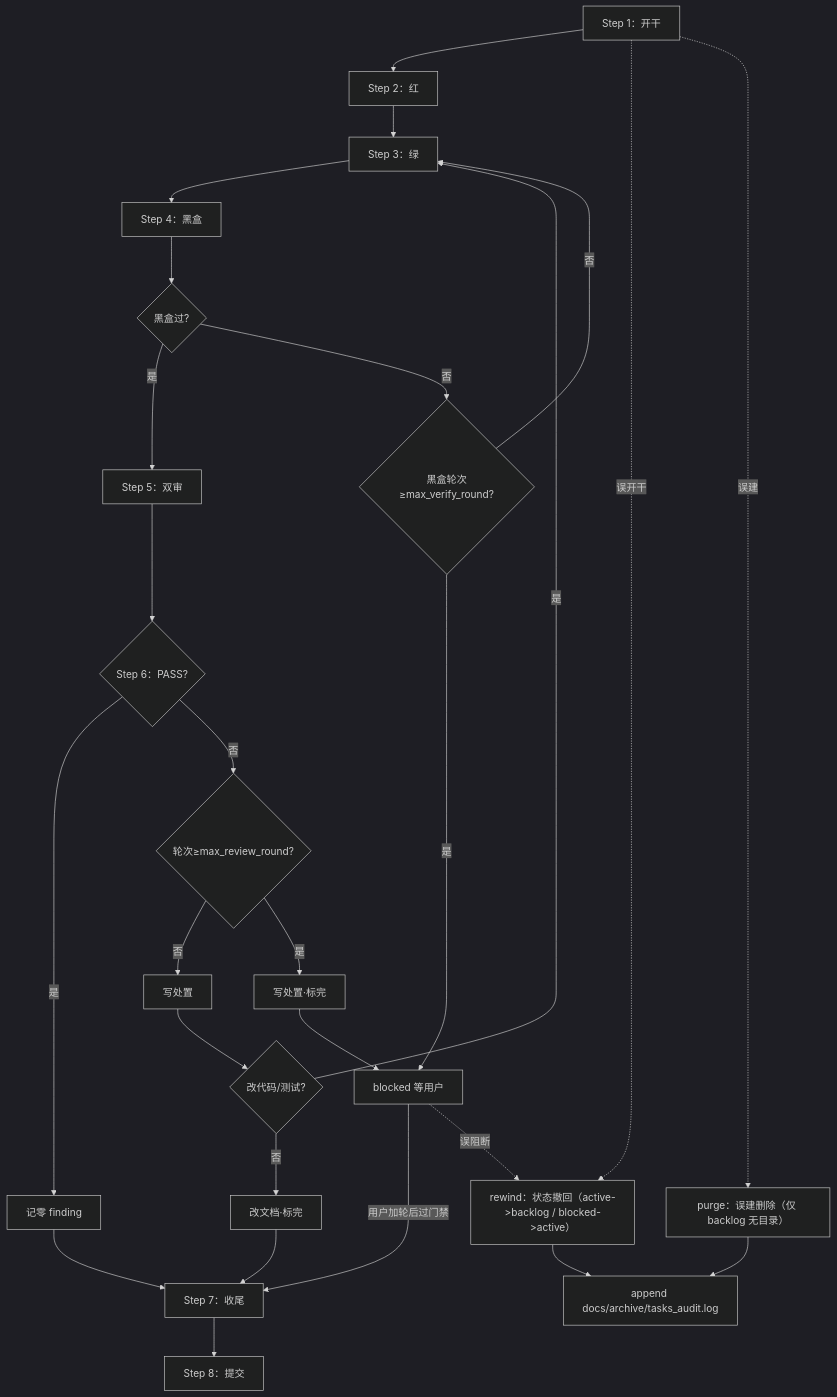
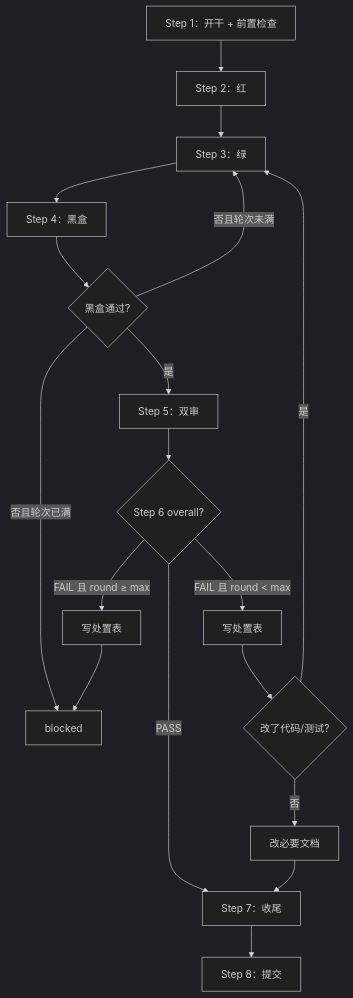
One commit to TuTouPower/repo_template changed the diagram in AGENTS.md. Above: the diagram before and after it, drawn with Mermaid (dark theme). The commit also changed other lines of this file, not shown here.

Commit message:
docs(AGENTS): 澄清 task 规则并重画流程图
补充 doctor/spike 前置、行为 AC 边界与 bugs 修复写回约定；
简化单 task 流程图，使其与步骤正文一致。

````diff
--- a/AGENTS.md
+++ b/AGENTS.md
@@ -71,42 +74,18 @@
 ```mermaid
 flowchart TD
-    S1["Step 1：开干"]
-    S2["Step 2：红"]
-    S3["Step 3：绿"]
-    S4["Step 4：黑盒"]
-    B1{"黑盒过?"}
-    B2{"黑盒轮次≥max_verify_round?"}
-    S5["Step 5：双审"]
-    D1{"Step 6：PASS?"}
-    W_PASS["记零 finding"]
-    D2{"轮次≥max_review_round?"}
-    W_FAIL1["写处置"]
-    W_FAIL2["写处置·标完"]
-    D3{"改代码/测试?"}
-    DOC["改文档·标完"]
-    BLK["blocked 等用户"]
-    S7["Step 7：收尾"]
-    S8["Step 8：提交"]
-
-    S1 --> S2 --> S3 --> S4 --> B1
-    B1 -->|是| S5 --> D1
-    B1 -->|否| B2
-    B2 -->|否| S3
-    B2 -->|是| BLK
-    D1 -->|是| W_PASS --> S7
-    D1 -->|否| D2
-    D2 -->|否| W_FAIL1 --> D3
-    D3 -->|是| S3
-    D3 -->|否| DOC --> S7
-    D2 -->|是| W_FAIL2 --> BLK
-    BLK -->|用户加轮后过门禁| S7
-    RW["rewind：状态撤回（active->backlog / blocked->active）"]
-    PG["purge：误建删除（仅 backlog 无目录）"]
-    AUDIT["append docs/archive/tasks_audit.log"]
-    S1 -.误开干.-> RW
-    BLK -.误阻断.-> RW
-    RW --> AUDIT
-    S1 -.误建.-> PG
-    PG --> AUDIT
-    S7 --> S8
+    S1["Step 1：开干 + 前置检查"] --> S2["Step 2：红"]
+    S2 --> S3["Step 3：绿"]
+    S3 --> S4["Step 4：黑盒"]
+    S4 --> B1{"黑盒通过?"}
+    B1 -->|否且轮次未满| S3
+    B1 -->|否且轮次已满| BLK["blocked"]
+    B1 -->|是| S5["Step 5：双审"]
+    S5 --> D{"Step 6 overall?"}
+    D -->|PASS| S7["Step 7：收尾"]
+    D -->|FAIL 且 round < max| W1["写处置表"]
+    W1 --> C1{"改了代码/测试?"}
+    C1 -->|是| S3
+    C1 -->|否| DOC["改必要文档"] --> S7
+    D -->|FAIL 且 round ≥ max| W2["写处置表"] --> BLK
+    S7 --> S8["Step 8：提交"]
 ```
````
